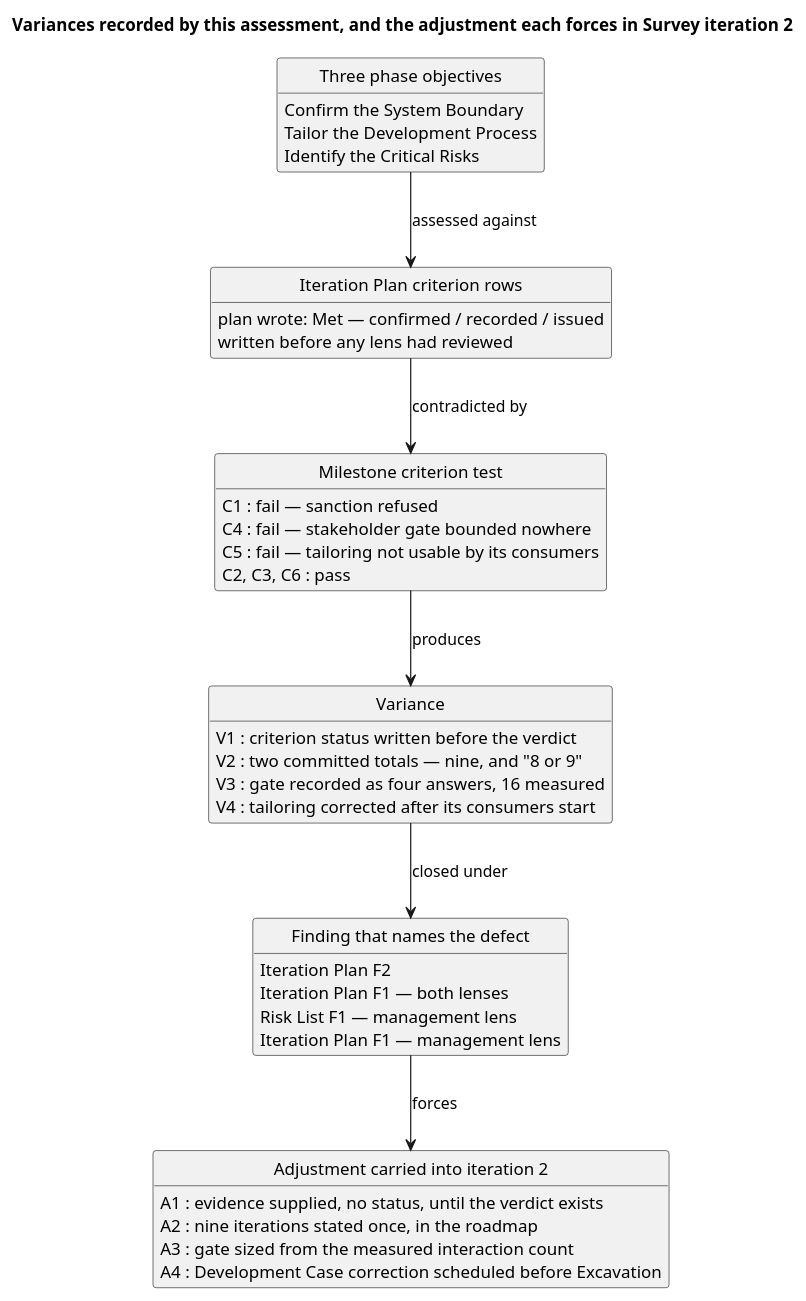
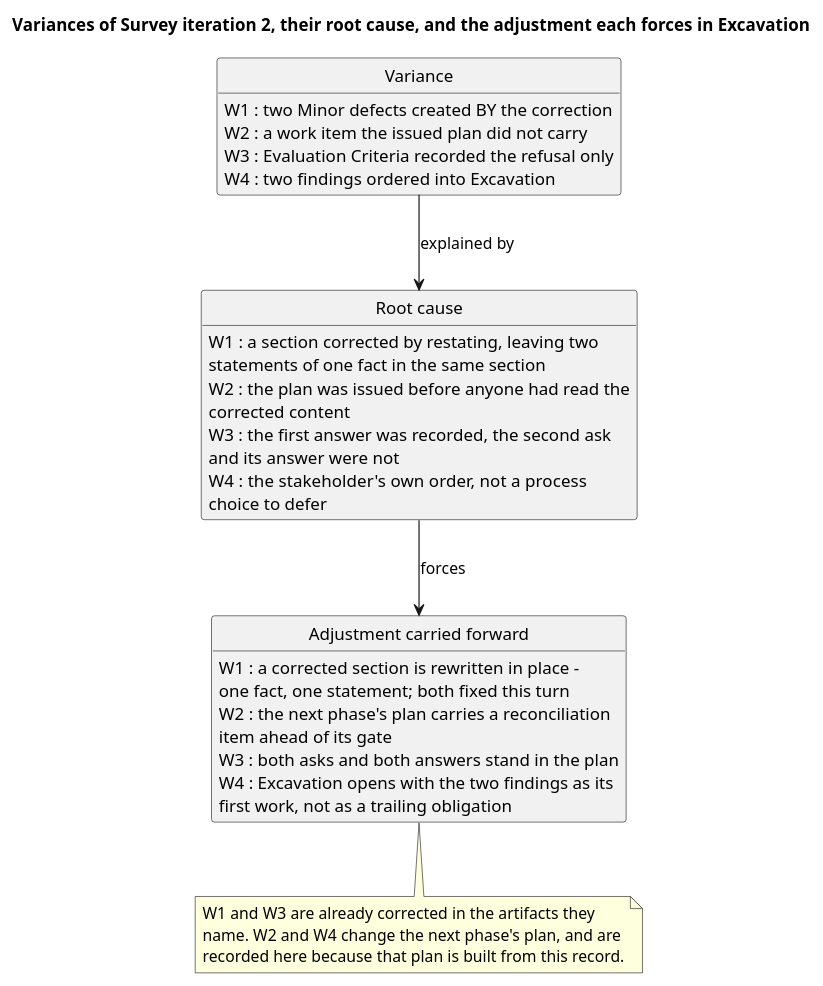
One commit to banense-test/TodoApp changed the second of 2 diagrams in docs/artifacts/project-management/iteration-assessment.md. Above: the diagram before and after it, drawn with PlantUML. The commit also changed other lines of this file, not shown here.

First line of the commit message:
Project Manager [Survey2]: upsert Iteration Assessment

````diff
--- a/docs/artifacts/project-management/iteration-assessment.md
+++ b/docs/artifacts/project-management/iteration-assessment.md
@@ -64,49 +99,44 @@
 ```plantuml
 @startuml
-title Variances recorded by this assessment, and the adjustment each forces in Survey iteration 2
+title Variances of Survey iteration 2, their root cause, and the adjustment each forces in Excavation
 skinparam shadowing false
 skinparam classAttributeIconSize 0
 hide empty members
 hide circle
 
-class "Three phase objectives" as OBJ {
-  Confirm the System Boundary
-  Tailor the Development Process
-  Identify the Critical Risks
+class "Variance" as VAR {
+  W1 : two Minor defects created BY the correction
+  W2 : a work item the issued plan did not carry
+  W3 : Evaluation Criteria recorded the refusal only
+  W4 : two findings ordered into Excavation
 }
-class "Iteration Plan criterion rows" as ROW {
-  plan wrote: Met — confirmed / recorded / issued
-  written before any lens had reviewed
+class "Root cause" as RC {
+  W1 : a section corrected by restating, leaving two
+       statements of one fact in the same section
+  W2 : the plan was issued before anyone had read the
+       corrected content
+  W3 : the first answer was recorded, the second ask
+       and its answer were not
+  W4 : the stakeholder's own order, not a process
+       choice to defer
 }
-class "Milestone criterion test" as TEST {
-  C1 : fail — sanction refused
-  C4 : fail — stakeholder gate bounded nowhere
-  C5 : fail — tailoring not usable by its consumers
-  C2, C3, C6 : pass
-}
-class "Variance" as VAR {
-  V1 : criterion status written before the verdict
-  V2 : two committed totals — nine, and "8 or 9"
-  V3 : gate recorded as four answers, 16 measured
-  V4 : tailoring corrected after its consumers start
-}
-class "Finding that names the defect" as F {
-  Iteration Plan F2
-  Iteration Plan F1 — both lenses
-  Risk List F1 — management lens
-  Iteration Plan F1 — management lens
-}
-class "Adjustment carried into iteration 2" as ADJ {
-  A1 : evidence supplied, no status, until the verdict exists
-  A2 : nine iterations stated once, in the roadmap
-  A3 : gate sized from the measured interaction count
-  A4 : Development Case correction scheduled before Excavation
+class "Adjustment carried forward" as ADJ {
+  W1 : a corrected section is rewritten in place -
+       one fact, one statement; both fixed this turn
+  W2 : the next phase's plan carries a reconciliation
+       item ahead of its gate
+  W3 : both asks and both answers stand in the plan
+  W4 : Excavation opens with the two findings as its
+       first work, not as a trailing obligation
 }
 
-OBJ --> ROW : assessed against
-ROW --> TEST : contradicted by
-TEST --> VAR : produces
-VAR --> F : closed under
-F --> ADJ : forces
+VAR --> RC : explained by
+RC --> ADJ : forces
+
+note bottom of ADJ
+  W1 and W3 are already corrected in the artifacts they
+  name. W2 and W4 change the next phase's plan, and are
+  recorded here because that plan is built from this record.
+end note
 @enduml
 ```
````
